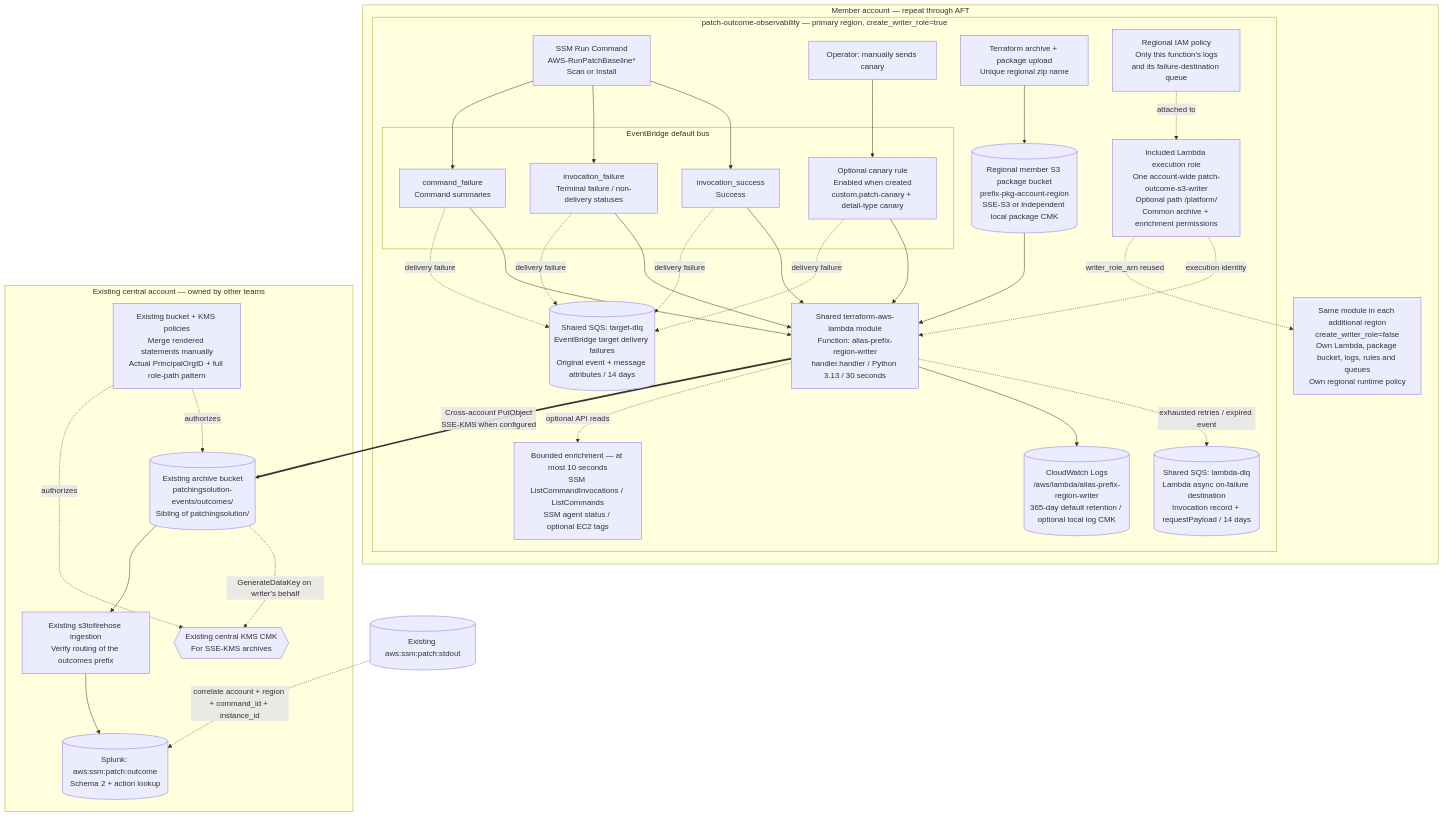
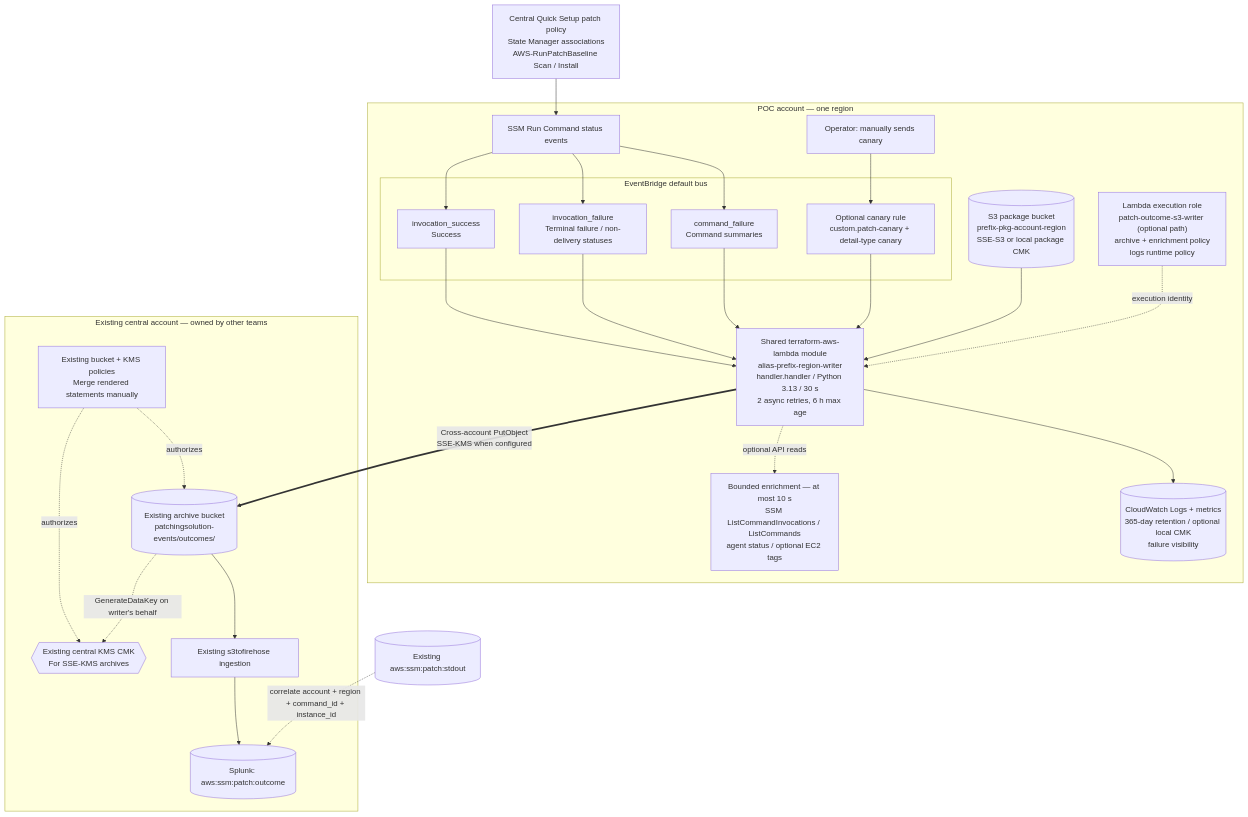
Before and after one commit to PrasanthDevops339/AWS-Terraform-Playground: the diagram in patching-failure/ARCHITECTURE.md, drawn with Mermaid. The commit also changed other lines of this file and 35 other files, not shown here.

````diff
--- a/patching-failure/ARCHITECTURE.md
+++ b/patching-failure/ARCHITECTURE.md
@@ -9,49 +8,40 @@
 ```mermaid
 flowchart TB
-    subgraph MEMBER["Member account — repeat through AFT"]
-        subgraph REGION["patch-outcome-observability — primary region, create_writer_role=true"]
-            ROLE["Included Lambda execution role<br/>One account-wide patch-outcome-s3-writer<br/>Optional path /platform/<br/>Common archive + enrichment permissions"]
-            SSM["SSM Run Command<br/>AWS-RunPatchBaseline*<br/>Scan or Install"]
-            subgraph BUS["EventBridge default bus"]
-                R1["invocation_success<br/>Success"]
-                R2["invocation_failure<br/>Terminal failure / non-delivery statuses"]
-                R3["command_failure<br/>Command summaries"]
-                RC["Optional canary rule<br/>Enabled when created<br/>custom.patch-canary + detail-type canary"]
-            end
-            CLI["Operator: manually sends canary"]
-            FN["Shared terraform-aws-lambda module<br/>Function: alias-prefix-region-writer<br/>handler.handler / Python 3.13 / 30 seconds"]
-            PKG[("Regional member S3 package bucket<br/>prefix-pkg-account-region<br/>SSE-S3 or independent local package CMK")]
-            BUILD["Terraform archive + package upload<br/>Unique regional zip name"]
-            READS["Bounded enrichment — at most 10 seconds<br/>SSM ListCommandInvocations / ListCommands<br/>SSM agent status / optional EC2 tags"]
-            LOGS[("CloudWatch Logs<br/>/aws/lambda/alias-prefix-region-writer<br/>365-day default retention / optional local log CMK")]
-            TDLQ[("Shared SQS: target-dlq<br/>EventBridge target delivery failures<br/>Original event + message attributes / 14 days")]
-            DEST[("Shared SQS: lambda-dlq<br/>Lambda async on-failure destination<br/>Invocation record + requestPayload / 14 days")]
-            RP["Regional IAM policy<br/>Only this function's logs<br/>and its failure-destination queue"]
-            SSM --> R1 & R2 & R3
-            R1 & R2 & R3 --> FN
-            CLI --> RC --> FN
-            R1 & R2 & R3 & RC -. delivery failure .-> TDLQ
-            FN -. exhausted retries / expired event .-> DEST
-            FN --> LOGS
-            FN -. optional API reads .-> READS
-            BUILD --> PKG --> FN
-            ROLE -. execution identity .-> FN
-            RP -. attached to .-> ROLE
+    QS["Central Quick Setup patch policy<br/>State Manager associations<br/>AWS-RunPatchBaseline Scan / Install"]
+    subgraph ACCOUNT["POC account — one region"]
+        ROLE["Lambda execution role<br/>patch-outcome-s3-writer (optional path)<br/>archive + enrichment policy<br/>logs runtime policy"]
+        SSM["SSM Run Command status events"]
+        subgraph BUS["EventBridge default bus"]
+            R1["invocation_success<br/>Success"]
+            R2["invocation_failure<br/>Terminal failure / non-delivery statuses"]
+            R3["command_failure<br/>Command summaries"]
+            RC["Optional canary rule<br/>custom.patch-canary + detail-type canary"]
         end
-        SECONDARY["Same module in each additional region<br/>create_writer_role=false<br/>Own Lambda, package bucket, logs, rules and queues<br/>Own regional runtime policy"]
-        ROLE -. "writer_role_arn reused" .-> SECONDARY
+        CLI["Operator: manually sends canary"]
+        FN["Shared terraform-aws-lambda module<br/>alias-prefix-region-writer<br/>handler.handler / Python 3.13 / 30 s<br/>2 async retries, 6 h max age"]
+        PKG[("S3 package bucket<br/>prefix-pkg-account-region<br/>SSE-S3 or local package CMK")]
+        READS["Bounded enrichment — at most 10 s<br/>SSM ListCommandInvocations / ListCommands<br/>agent status / optional EC2 tags"]
+        LOGS[("CloudWatch Logs + metrics<br/>365-day retention / optional local CMK<br/>failure visibility")]
+        SSM --> R1 & R2 & R3
+        R1 & R2 & R3 --> FN
+        CLI --> RC --> FN
+        FN --> LOGS
+        FN -. optional API reads .-> READS
+        PKG --> FN
+        ROLE -. execution identity .-> FN
     end
     subgraph CENTRAL["Existing central account — owned by other teams"]
-        POLICY["Existing bucket + KMS policies<br/>Merge rendered statements manually<br/>Actual PrincipalOrgID + full role-path pattern"]
-        BUCKET[("Existing archive bucket<br/>patchingsolution-events/outcomes/<br/>Sibling of patchingsolution/")]
+        POLICY["Existing bucket + KMS policies<br/>Merge rendered statements manually"]
+        BUCKET[("Existing archive bucket<br/>patchingsolution-events/outcomes/")]
         KEY{{"Existing central KMS CMK<br/>For SSE-KMS archives"}}
-        INGEST["Existing s3tofirehose ingestion<br/>Verify routing of the outcomes prefix"]
-        SPLUNK[("Splunk: aws:ssm:patch:outcome<br/>Schema 2 + action lookup")]
+        INGEST["Existing s3tofirehose ingestion"]
+        SPLUNK[("Splunk: aws:ssm:patch:outcome")]
         POLICY -. authorizes .-> BUCKET
         POLICY -. authorizes .-> KEY
         BUCKET -. GenerateDataKey on writer's behalf .-> KEY
         BUCKET --> INGEST --> SPLUNK
     end
+    QS --> SSM
     FN ==>|"Cross-account PutObject<br/>SSE-KMS when configured"| BUCKET
     STDOUT[("Existing aws:ssm:patch:stdout")] -. "correlate account + region + command_id + instance_id" .-> SPLUNK
 ```
````
